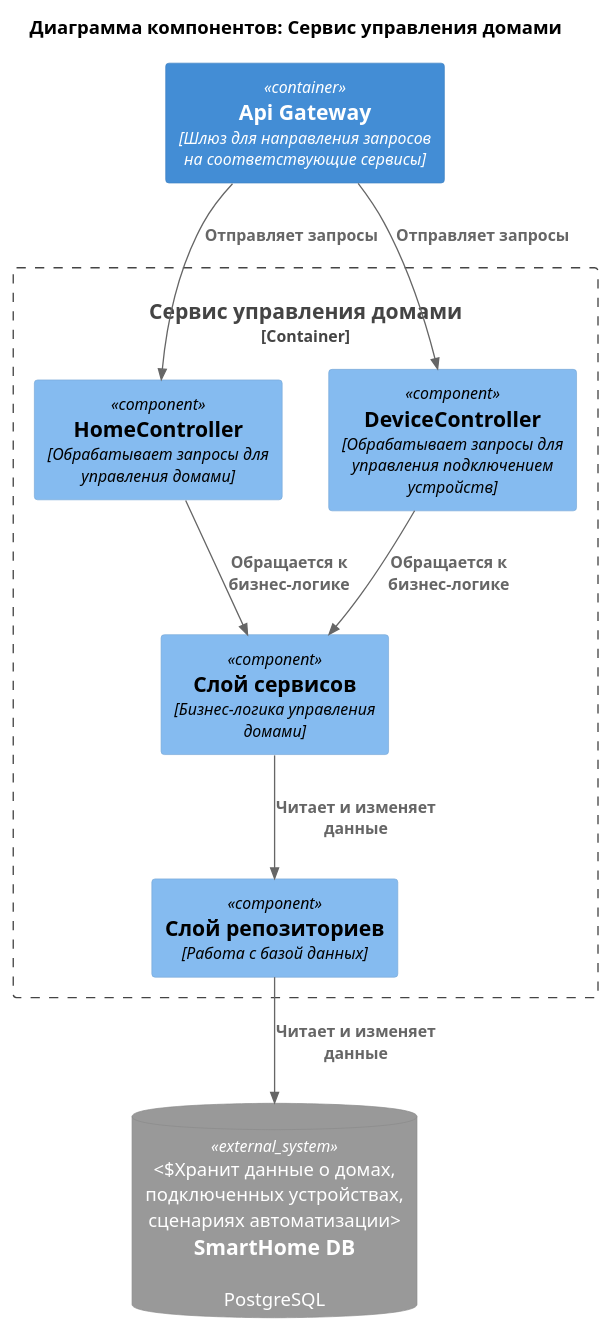
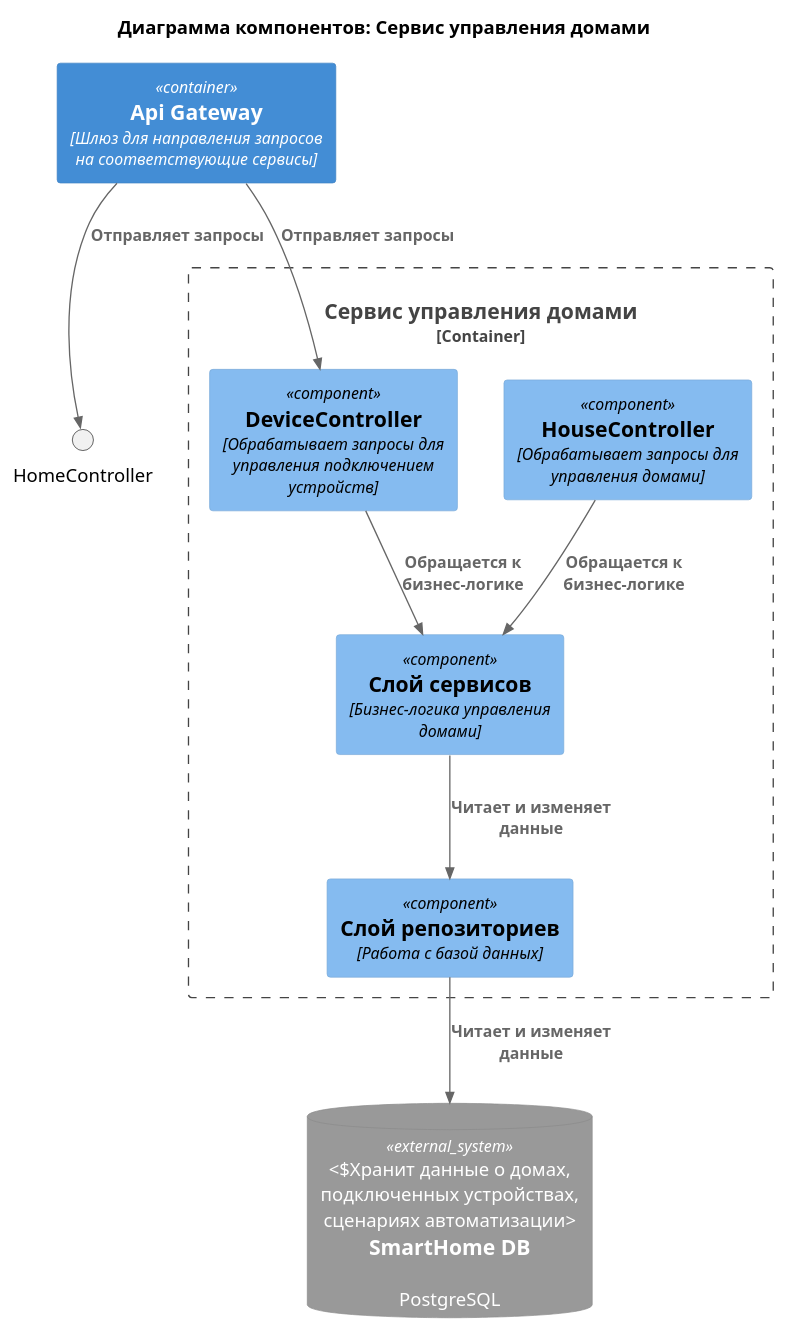
One commit to knautilus/architecture-warmhouse changed the diagram in diagrams/smart_home/ToBe_Component_3.puml. Above: the diagram before and after it, drawn with PlantUML. The commit also changed 3 other files, not shown here.

```diff
--- a/diagrams/smart_home/ToBe_Component_3.puml
+++ b/diagrams/smart_home/ToBe_Component_3.puml
@@ -1,25 +1,25 @@
 @startuml
 
 title Диаграмма компонентов: Сервис управления домами
 
 !include https://raw.githubusercontent.com/plantuml-stdlib/C4-PlantUML/master/C4_Component.puml
 
 Container(ApiGateway, "Api Gateway", "Шлюз для направления запросов на соответствующие сервисы")
 
 SystemDb_Ext(SmartHomeDb, "SmartHome DB", "PostgreSQL", "Хранит данные о домах, подключенных устройствах, сценариях автоматизации")
 
-Container_Boundary(HomeManagement, "Сервис управления домами") {
-    Component(HomeController, "HomeController", "Обрабатывает запросы для управления домами")
+Container_Boundary(HouseManagement, "Сервис управления домами") {
+    Component(HouseController, "HouseController", "Обрабатывает запросы для управления домами")
     Component(DeviceController, "DeviceController", "Обрабатывает запросы для управления подключением устройств")
     Component(ServiceLayer, "Слой сервисов", "Бизнес-логика управления домами")
     Component(RepositoryLayer, "Слой репозиториев", "Работа с базой данных")
 }
 
 Rel(ApiGateway, HomeController, "Отправляет запросы")
 Rel(ApiGateway, DeviceController, "Отправляет запросы")
-Rel(HomeController, ServiceLayer, "Обращается к бизнес-логике")
+Rel(HouseController, ServiceLayer, "Обращается к бизнес-логике")
 Rel(DeviceController, ServiceLayer, "Обращается к бизнес-логике")
 Rel(ServiceLayer, RepositoryLayer, "Читает и изменяет данные")
 Rel(RepositoryLayer, SmartHomeDb, "Читает и изменяет данные")
 
 @enduml
```
